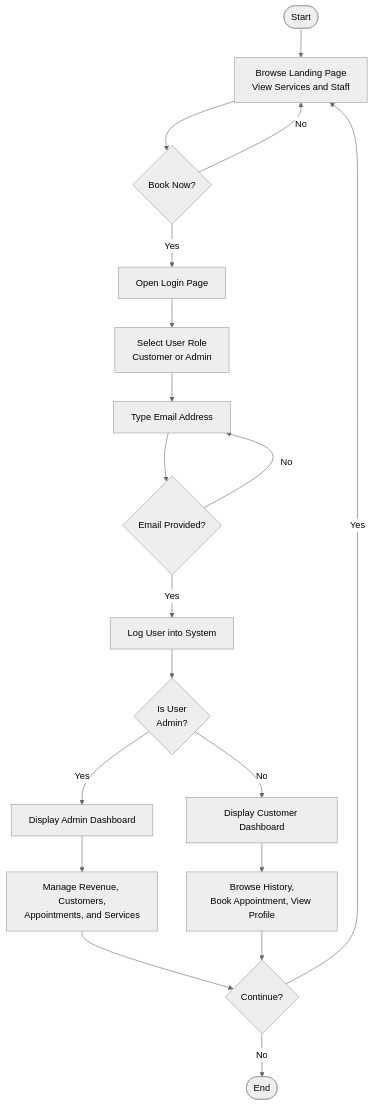
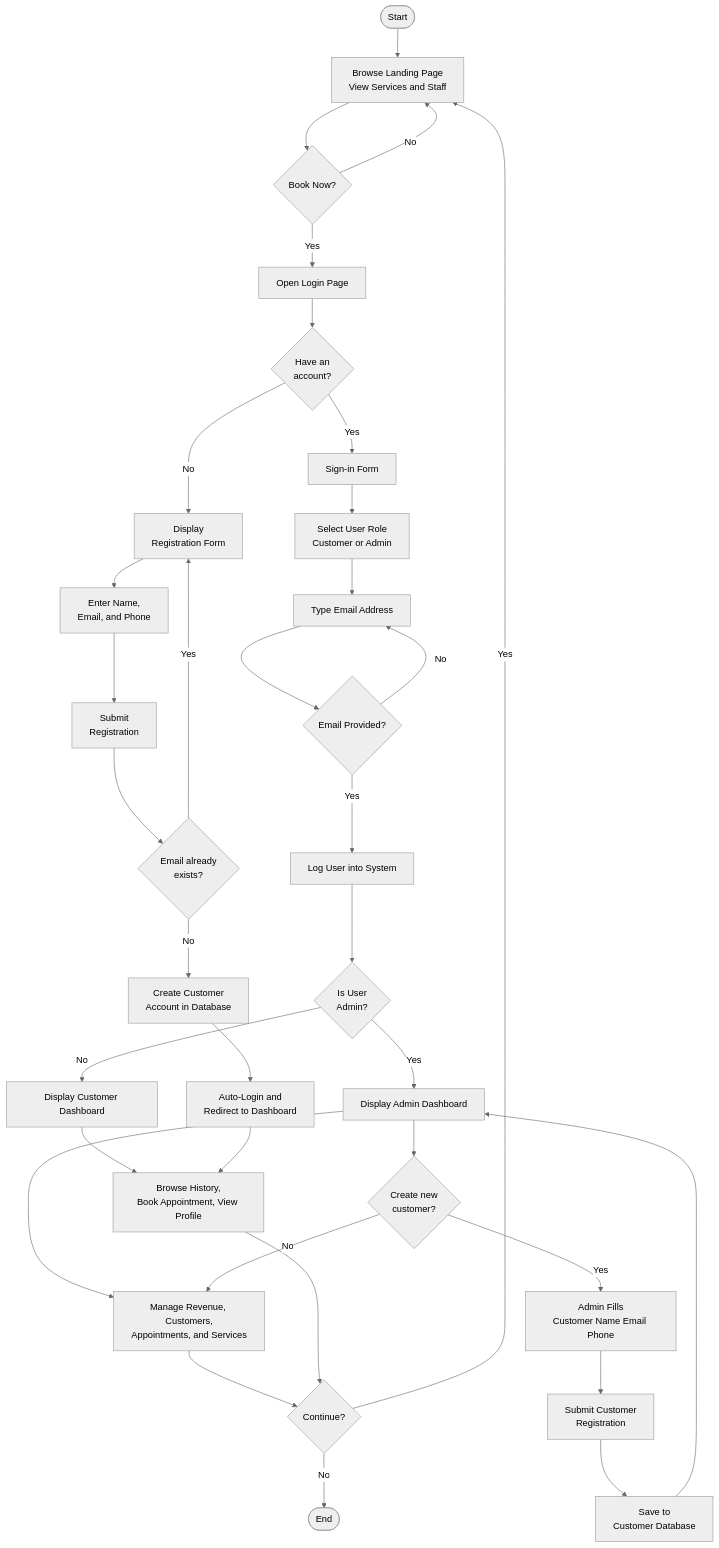
Before and after one commit to pandadoor/crm: the second of 2 diagrams in README.md, drawn with Mermaid (neutral theme). The commit also changed other lines of this file and 4 other files, not shown here.

First line of the commit message:
feat: add customer account creation from website self-registration and admin panel

````diff
--- a/README.md
+++ b/README.md
@@ -91,21 +108,40 @@
 ```mermaid
 graph TD
     P_START([Start]) --> BROWSE[Browse Landing Page<br/>View Services and Staff]
     BROWSE --> BOOK{Book Now?}
     BOOK -->|No| BROWSE
     BOOK -->|Yes| LOGIN[Open Login Page]
-    LOGIN --> ROLE[Select User Role<br/>Customer or Admin]
+    LOGIN --> HAS_ACCT{Have an<br/>account?}
+    HAS_ACCT -->|No| REG_FORM[Display<br/>Registration Form]
+    REG_FORM --> FILL_REG[Enter Name,<br/>Email, and Phone]
+    FILL_REG --> SUBMIT_REG[Submit<br/>Registration]
+    SUBMIT_REG --> REG_CHECK{Email already<br/>exists?}
+    REG_CHECK -->|Yes| REG_FORM
+    REG_CHECK -->|No| CREATE_ACCT[Create Customer<br/>Account in Database]
+    CREATE_ACCT --> AUTO_LOGIN[Auto-Login and<br/>Redirect to Dashboard]
+
+    HAS_ACCT -->|Yes| LOGIN_FORM[Sign-in Form]
+    LOGIN_FORM --> ROLE[Select User Role<br/>Customer or Admin]
     ROLE --> EMAIL[Type Email Address]
     EMAIL --> CHECK{Email Provided?}
     CHECK -->|No| EMAIL
     CHECK -->|Yes| AUTH[Log User into System]
     AUTH --> IS_ADMIN{Is User<br/>Admin?}
     IS_ADMIN -->|Yes| ADMIN_DASH[Display Admin Dashboard]
     IS_ADMIN -->|No| CUST_DASH[Display Customer Dashboard]
+
     ADMIN_DASH --> ADMIN_OPS[Manage Revenue, Customers,<br/>Appointments, and Services]
+    ADMIN_DASH --> CREATE_CUST{Create new<br/>customer?}
+    CREATE_CUST -->|Yes| ADMIN_REG[Admin Fills<br/>Customer Name Email Phone]
+    ADMIN_REG --> ADMIN_SUBMIT[Submit Customer<br/>Registration]
+    ADMIN_SUBMIT --> ADMIN_SAVE[Save to<br/>Customer Database]
+    ADMIN_SAVE --> ADMIN_DASH
+    CREATE_CUST -->|No| ADMIN_OPS
+
     CUST_DASH --> CUST_OPS[Browse History,<br/>Book Appointment, View Profile]
+    AUTO_LOGIN --> CUST_OPS
     ADMIN_OPS --> CONT{Continue?}
     CUST_OPS --> CONT
     CONT -->|Yes| BROWSE
     CONT -->|No| P_END([End])
 ```
````
